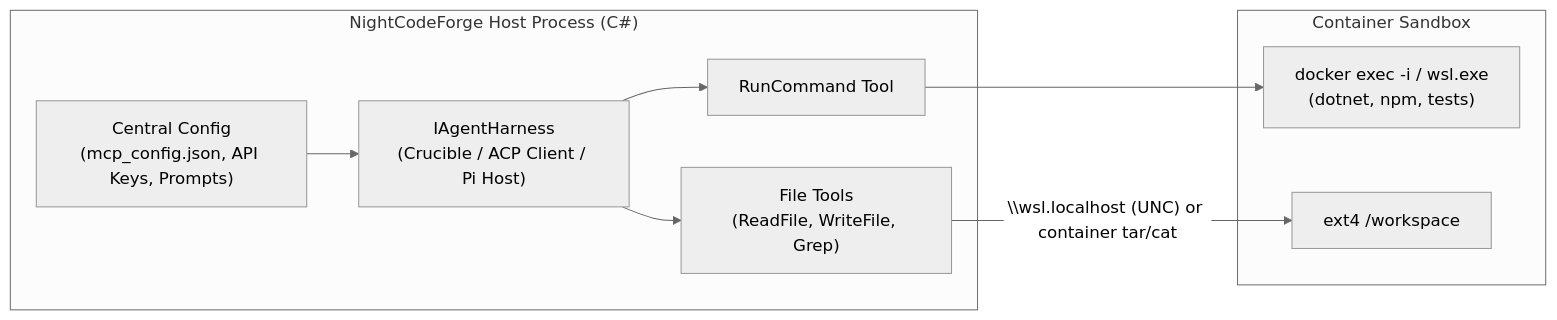
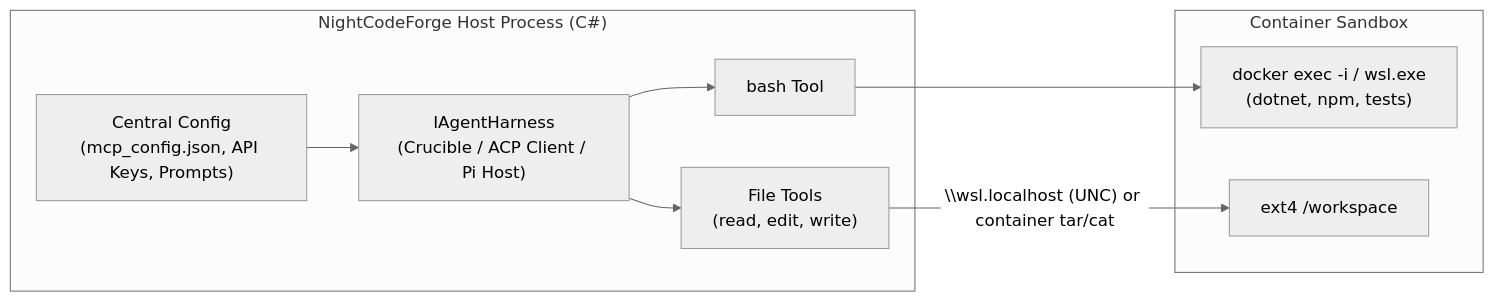
Diagram 16 of 17 in docs/ARCHITECTURE.md (jetelain/NightCodeForge), drawn with Mermaid (neutral theme) before and after one commit. The commit also changed other lines of this file and 6 other files, not shown here.

````diff
--- a/docs/ARCHITECTURE.md
+++ b/docs/ARCHITECTURE.md
@@ -985,20 +1097,20 @@
 ```mermaid
 flowchart LR
     subgraph Host ["NightCodeForge Host Process (C#)"]
         CentralConfig["Central Config\n(mcp_config.json, API Keys, Prompts)"]
         Harness["IAgentHarness\n(Crucible / ACP Client / Pi Host)"]
-        FileTools["File Tools\n(ReadFile, WriteFile, Grep)"]
-        CmdTool["RunCommand Tool"]
+        FileTools["File Tools\n(read, edit, write)"]
+        CmdTool["bash Tool"]
     end
 
     subgraph Sandbox ["Container Sandbox"]
         Exec["docker exec -i / wsl.exe\n(dotnet, npm, tests)"]
         Ext4FS["ext4 /workspace"]
     end
 
     Harness --> CmdTool
     Harness --> FileTools
     CmdTool --> Exec
     FileTools -->|"\\wsl.localhost (UNC) or container tar/cat"| Ext4FS
     CentralConfig --> Harness
 ```
````
